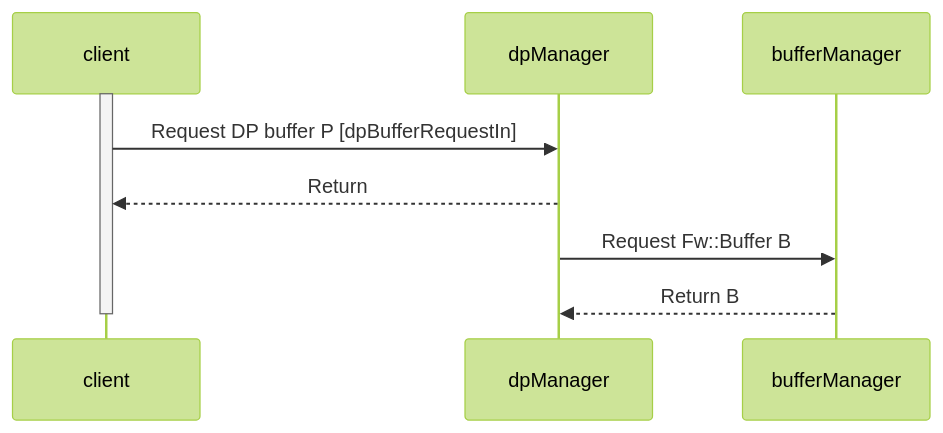
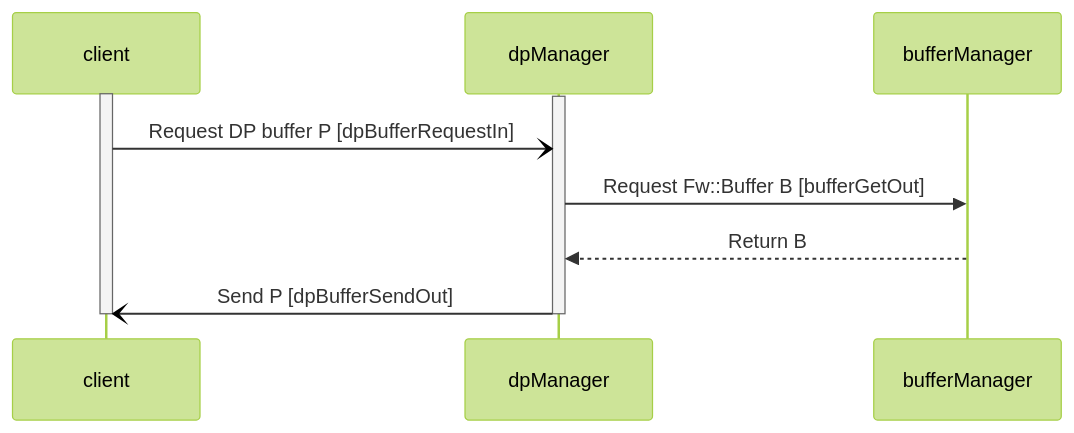
One commit to bocchino/fprime changed the diagram in Svc/DpManager/docs/sdd.md. Above: the diagram before and after it, drawn with Mermaid (forest theme). The commit also changed other lines of this file and 1 other file, not shown here.

Commit message:
Revise diagrams for DpManager SDD

````diff
--- a/Svc/DpManager/docs/sdd.md
+++ b/Svc/DpManager/docs/sdd.md
@@ -141,9 +139,11 @@
 ```mermaid
 sequenceDiagram
     activate client
-    client->>dpManager: Request DP buffer P [dpBufferRequestIn]
-    dpManager-->>client: Return
-    dpManager->>bufferManager: Request Fw::Buffer B
+    activate dpManager
+    client-)dpManager: Request DP buffer P [dpBufferRequestIn]
+    dpManager->>bufferManager: Request Fw::Buffer B [bufferGetOut]
     bufferManager-->>dpManager: Return B
+    dpManager-)client: Send P [dpBufferSendOut]
+    deactivate dpManager
     deactivate client
 ```
````
